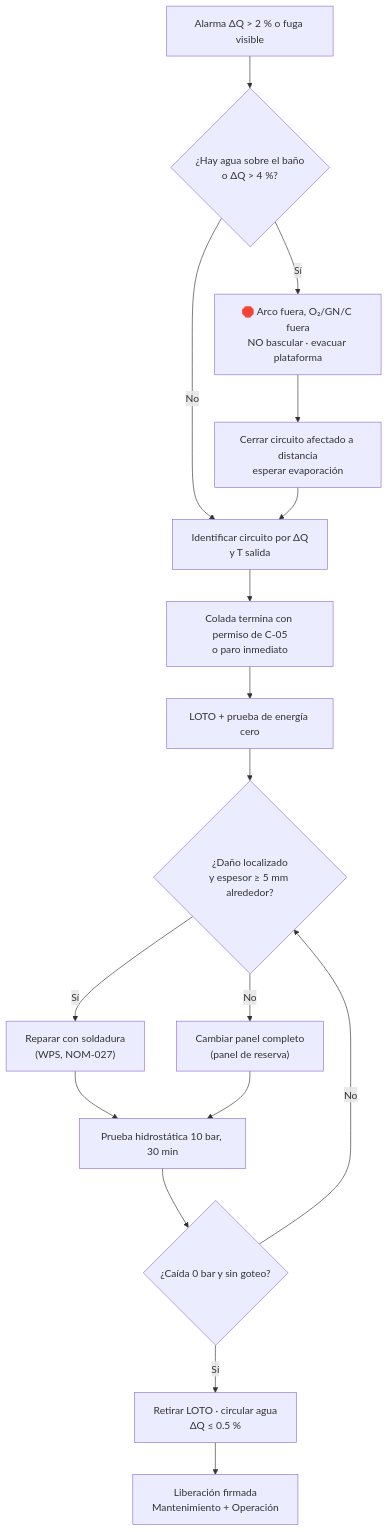
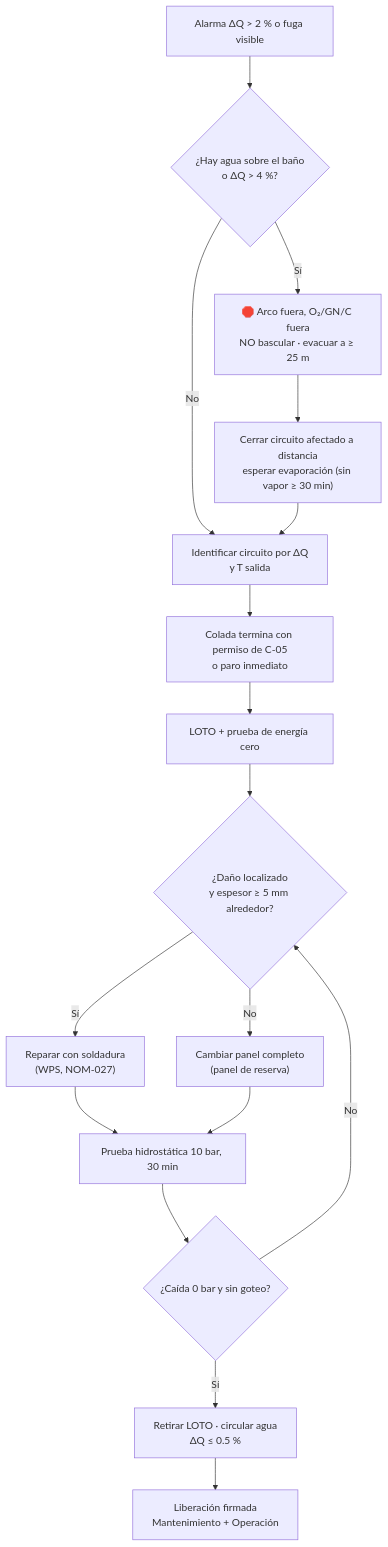
The diagram in 10-plantas/01-steelmaking/03-mantenimiento/MM-EAF-01-fugas-paneles-boveda.md (diegocardonaguzman03-maker/HR), drawn with Mermaid before and after one commit. The commit also changed other lines of this file and 59 other files, not shown here.

````diff
--- a/10-plantas/01-steelmaking/03-mantenimiento/MM-EAF-01-fugas-paneles-boveda.md
+++ b/10-plantas/01-steelmaking/03-mantenimiento/MM-EAF-01-fugas-paneles-boveda.md
@@ -33,19 +33,19 @@
 ```mermaid
 flowchart TD
     A["Alarma ΔQ > 2 % o fuga visible"] --> B{"¿Hay agua sobre el baño<br/>o ΔQ > 4 %?"}
-    B -- "Sí" --> C["🛑 Arco fuera, O₂/GN/C fuera<br/>NO bascular · evacuar plataforma"]
-    C --> D["Cerrar circuito afectado a distancia<br/>esperar evaporación"]
+    B -- "Sí" --> C["🛑 Arco fuera, O₂/GN/C fuera<br/>NO bascular · evacuar a ≥ 25 m"]
+    C --> D["Cerrar circuito afectado a distancia<br/>esperar evaporación (sin vapor ≥ 30 min)"]
     B -- "No" --> E["Identificar circuito por ΔQ<br/>y T salida"]
     D --> E
     E --> F["Colada termina con permiso de C-05<br/>o paro inmediato"]
     F --> G["LOTO + prueba de energía cero"]
     G --> H{"¿Daño localizado<br/>y espesor ≥ 5 mm alrededor?"}
     H -- "Sí" --> I["Reparar con soldadura<br/>(WPS, NOM-027)"]
     H -- "No" --> J["Cambiar panel completo<br/>(panel de reserva)"]
     I --> K["Prueba hidrostática 10 bar, 30 min"]
     J --> K
     K --> L{"¿Caída 0 bar y sin goteo?"}
     L -- "No" --> H
     L -- "Sí" --> M["Retirar LOTO · circular agua<br/>ΔQ ≤ 0.5 %"]
     M --> N["Liberación firmada<br/>Mantenimiento + Operación"]
 ```
````
